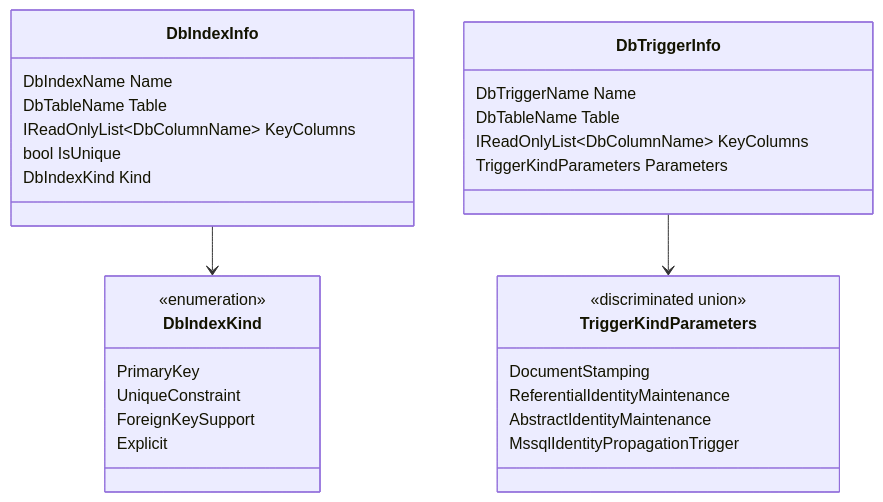
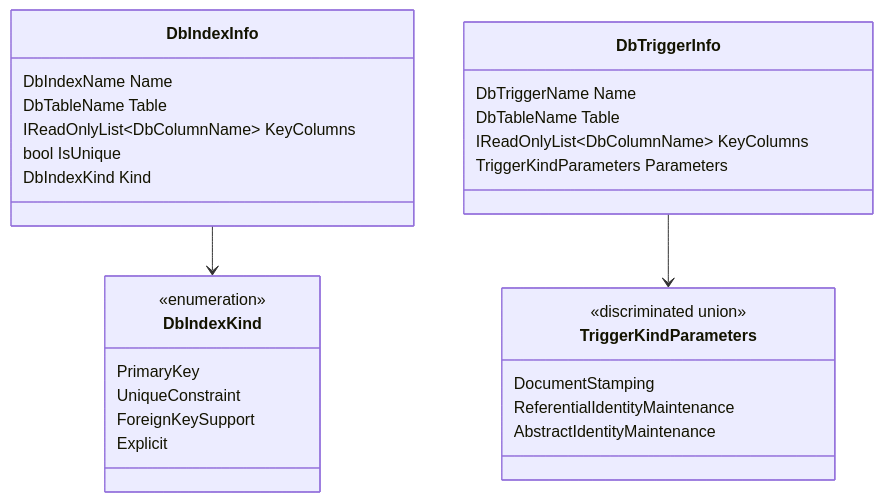
One commit to Ed-Fi-Alliance-OSS/Data-Management-Service changed the eighth of 16 diagrams in reference/design/backend-redesign/presentations/relational-model-presentation.md. Above: the diagram before and after it, drawn with Mermaid. The commit also changed other lines of this file and 15 other files, not shown here.

````diff
--- a/reference/design/backend-redesign/presentations/relational-model-presentation.md
+++ b/reference/design/backend-redesign/presentations/relational-model-presentation.md
@@ -370,36 +370,35 @@
 ```mermaid
 classDiagram
     class DbIndexInfo {
         DbIndexName Name
         DbTableName Table
         IReadOnlyList~DbColumnName~ KeyColumns
         bool IsUnique
         DbIndexKind Kind
     }
 
     class DbIndexKind {
         <<enumeration>>
         PrimaryKey
         UniqueConstraint
         ForeignKeySupport
         Explicit
     }
 
     class DbTriggerInfo {
         DbTriggerName Name
         DbTableName Table
         IReadOnlyList~DbColumnName~ KeyColumns
         TriggerKindParameters Parameters
     }
 
     class TriggerKindParameters {
         <<discriminated union>>
         DocumentStamping
         ReferentialIdentityMaintenance
         AbstractIdentityMaintenance
-        MssqlIdentityPropagationTrigger
     }
 
     DbIndexInfo --> DbIndexKind
     DbTriggerInfo --> TriggerKindParameters
 ```
````
